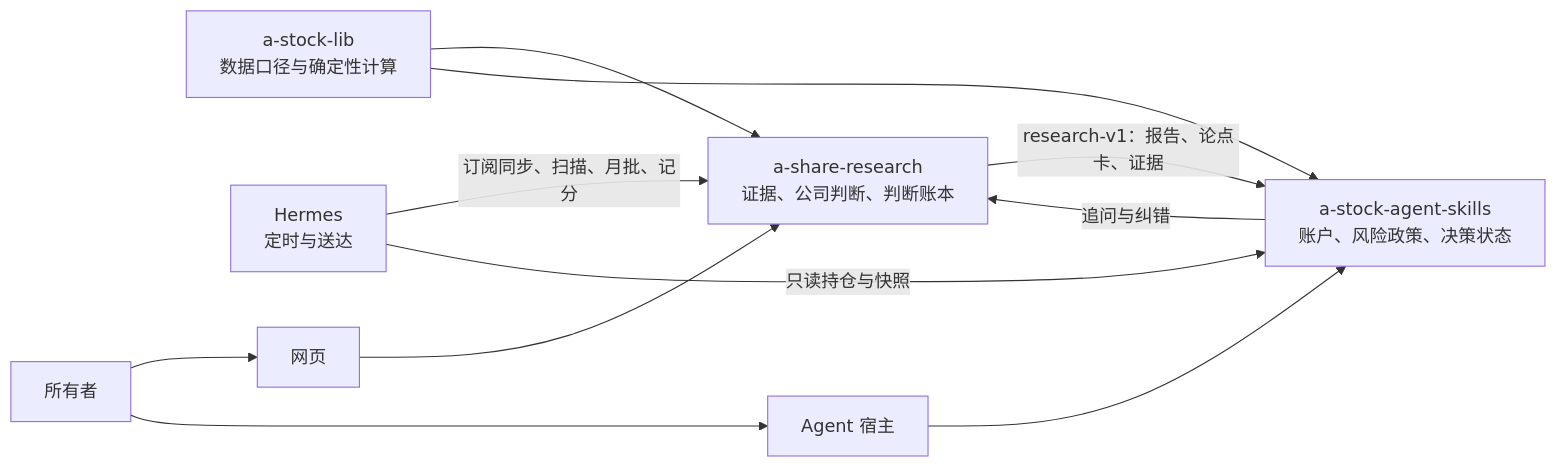
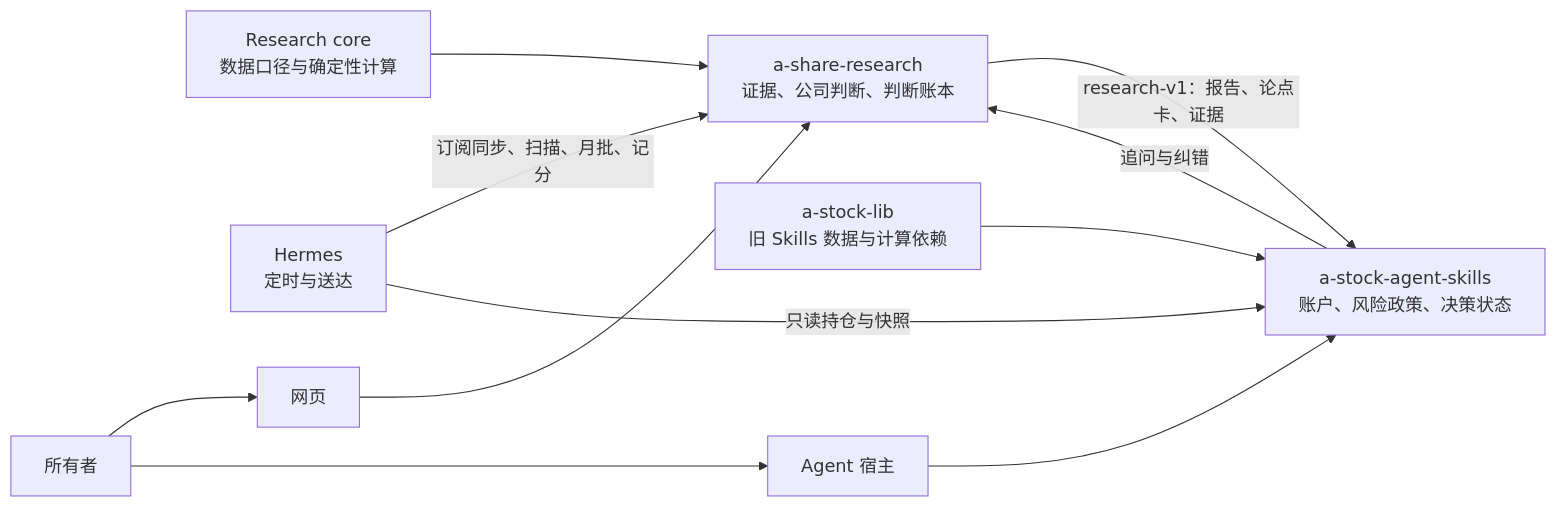
Before and after one commit to on195594/a-share-research: the diagram in docs/project-contract.md, drawn with Mermaid. The commit also changed other lines of this file and 6 other files, not shown here.

Commit message:
docs: align merged architecture and stage-three preparation

````diff
--- a/docs/project-contract.md
+++ b/docs/project-contract.md
@@ -11,11 +11,11 @@
 ```mermaid
 flowchart LR
-    L[a-stock-lib<br/>数据口径与确定性计算] --> R
-    L --> S
+    C[Research core<br/>数据口径与确定性计算] --> R
+    L[a-stock-lib<br/>旧 Skills 数据与计算依赖] --> S
     R[a-share-research<br/>证据、公司判断、判断账本] -->|research-v1：报告、论点卡、证据| S[a-stock-agent-skills<br/>账户、风险政策、决策状态]
     S -->|追问与纠错| R
     H[Hermes<br/>定时与送达] -->|订阅同步、扫描、月批、记分| R
     H -->|只读持仓与快照| S
     U[所有者] --> W[网页] --> R
     U --> A[Agent 宿主] --> S
 ```
````
